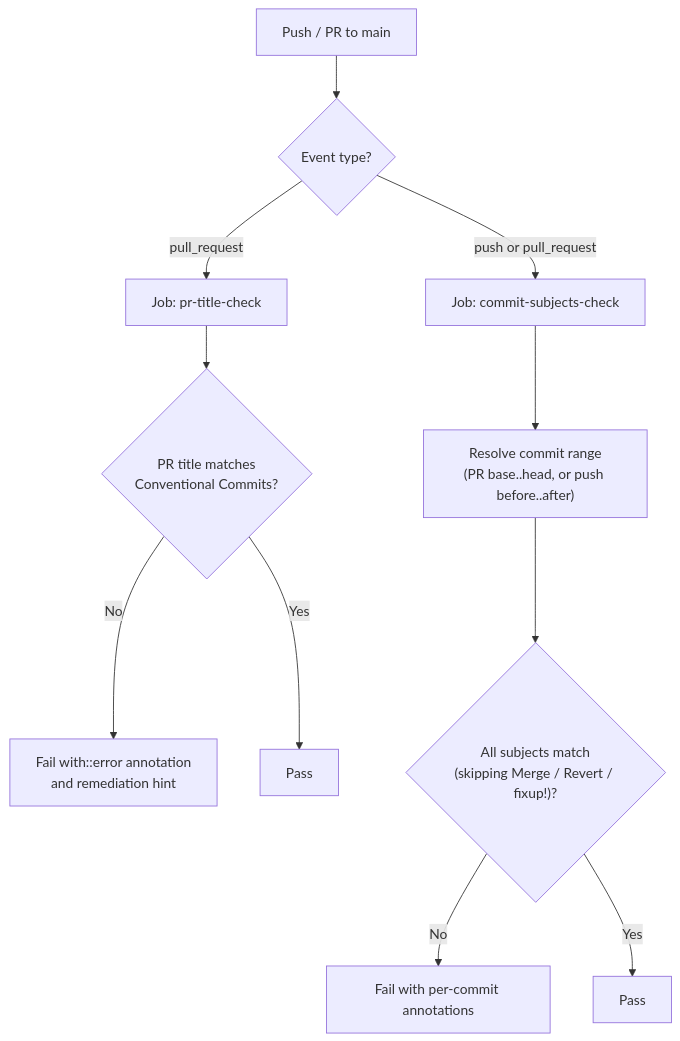
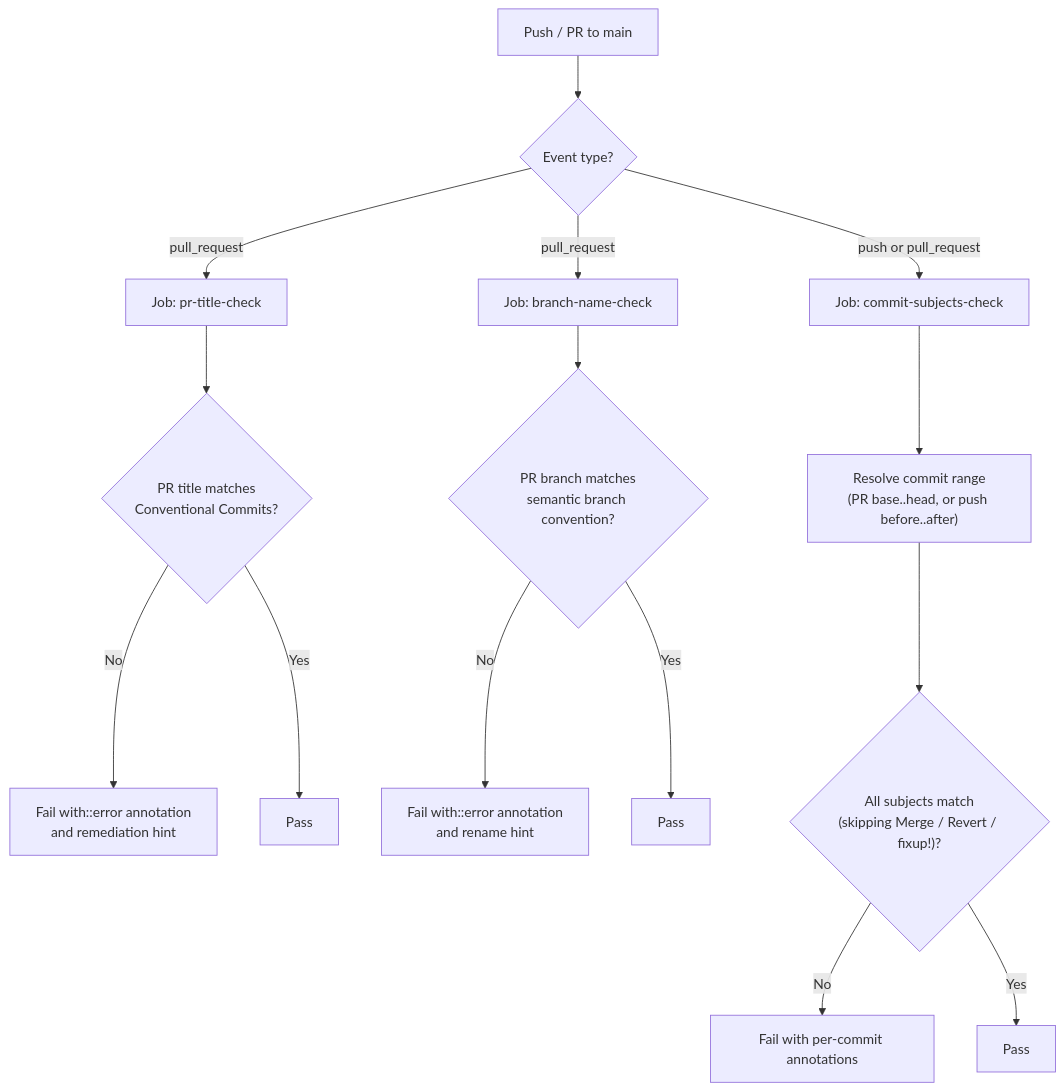
One commit to josstei/maestro-orchestrate changed the third of 10 diagrams in docs/cicd.md. Above: the diagram before and after it, drawn with Mermaid. The commit also changed other lines of this file and 7 other files, not shown here.

````diff
--- a/docs/cicd.md
+++ b/docs/cicd.md
@@ -103,13 +103,17 @@
 ```mermaid
 graph TD
     A["Push / PR to main"] --> B{"Event type?"}
     B --> |"pull_request"| C["Job: pr-title-check"]
+    B --> |"pull_request"| C2["Job: branch-name-check"]
     B --> |"push or pull_request"| D["Job: commit-subjects-check"]
     C --> E{"PR title matches<br/>Conventional Commits?"}
     E --> |"No"| F["Fail with::error annotation<br/>and remediation hint"]
     E --> |"Yes"| G["Pass"]
+    C2 --> L{"PR branch matches<br/>semantic branch convention?"}
+    L --> |"No"| M["Fail with::error annotation<br/>and rename hint"]
+    L --> |"Yes"| N["Pass"]
     D --> H["Resolve commit range<br/>(PR base..head, or push before..after)"]
     H --> I{"All subjects match<br/>(skipping Merge / Revert / fixup!)?"}
     I --> |"No"| J["Fail with per-commit annotations"]
     I --> |"Yes"| K["Pass"]
 ```
````
